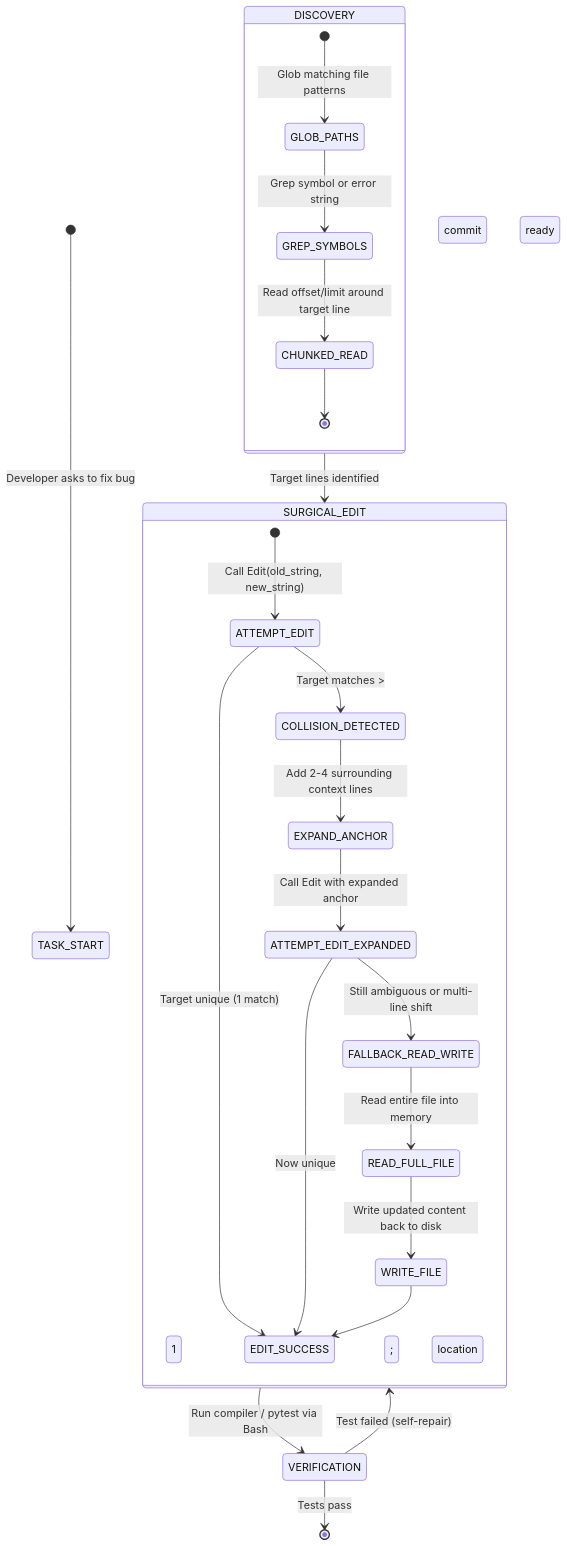
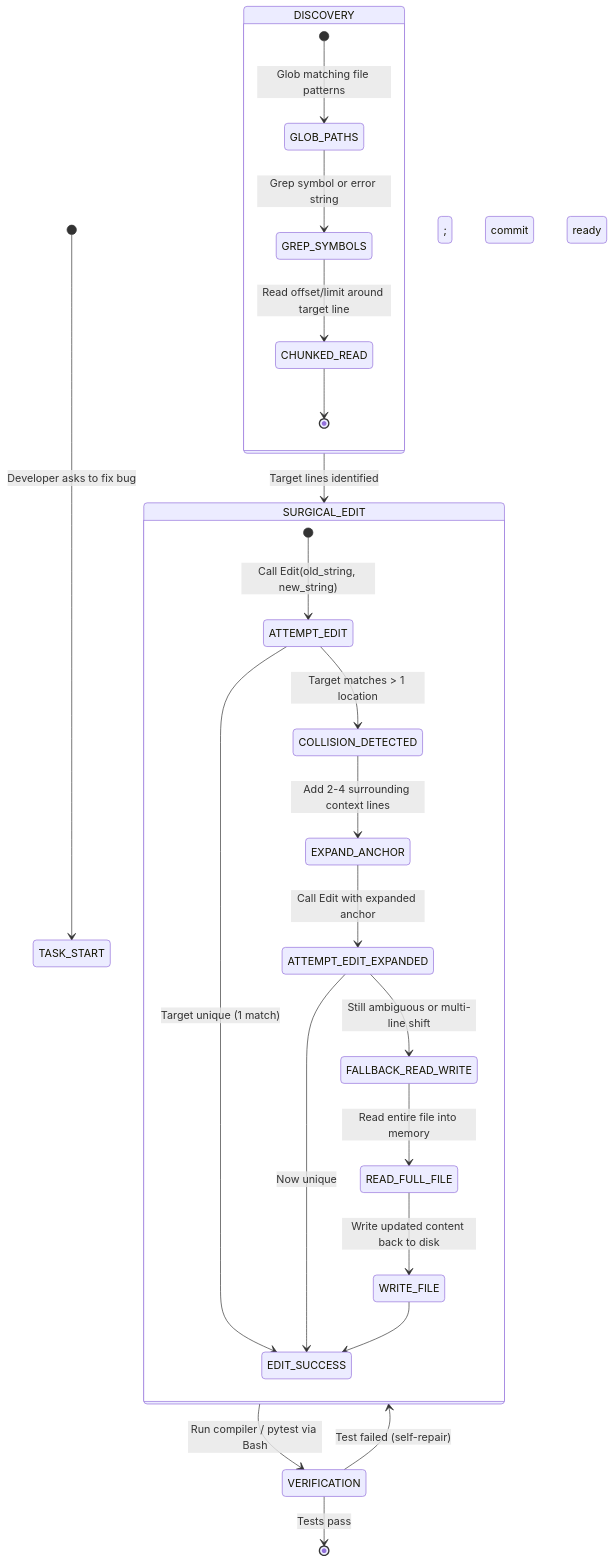
Before and after one commit to dip4k/claude_cert_architect_foundation_prep: the fourth of 4 diagrams in scenarios/scenario_4_developer_productivity/SCENARIO_GUIDE.md, drawn with Mermaid. The commit also changed other lines of this file and 31 other files, not shown here.

Commit message:
docs: standardize October 2026 Mermaid syntax, align Domain 5 to official 15% weight, and enrich Prompt Caching architecture

````diff
--- a/scenarios/scenario_4_developer_productivity/SCENARIO_GUIDE.md
+++ b/scenarios/scenario_4_developer_productivity/SCENARIO_GUIDE.md
@@ -273,32 +273,32 @@
 ```mermaid
 stateDiagram-v2
     [*] --> TASK_START: Developer asks to fix bug
     
     state DISCOVERY {
         [*] --> GLOB_PATHS: Glob matching file patterns
         GLOB_PATHS --> GREP_SYMBOLS: Grep symbol or error string
         GREP_SYMBOLS --> CHUNKED_READ: Read offset/limit around target line
         CHUNKED_READ --> [*]
     }
     
     DISCOVERY --> SURGICAL_EDIT: Target lines identified
     
     state SURGICAL_EDIT {
         [*] --> ATTEMPT_EDIT: Call Edit(old_string, new_string)
         ATTEMPT_EDIT --> EDIT_SUCCESS: Target unique (1 match)
-        ATTEMPT_EDIT --> COLLISION_DETECTED: Target matches &gt; 1 location
+        ATTEMPT_EDIT --> COLLISION_DETECTED: Target matches > 1 location
         
         COLLISION_DETECTED --> EXPAND_ANCHOR: Add 2-4 surrounding context lines
         EXPAND_ANCHOR --> ATTEMPT_EDIT_EXPANDED: Call Edit with expanded anchor
         ATTEMPT_EDIT_EXPANDED --> EDIT_SUCCESS: Now unique
         ATTEMPT_EDIT_EXPANDED --> FALLBACK_READ_WRITE: Still ambiguous or multi-line shift
         
         FALLBACK_READ_WRITE --> READ_FULL_FILE: Read entire file into memory
         READ_FULL_FILE --> WRITE_FILE: Write updated content back to disk
         WRITE_FILE --> EDIT_SUCCESS
     }
     
     SURGICAL_EDIT --> VERIFICATION: Run compiler / pytest via Bash
     VERIFICATION --> SURGICAL_EDIT: Test failed (self-repair)
     VERIFICATION --> [*]: Tests pass; commit ready
 ```
````
